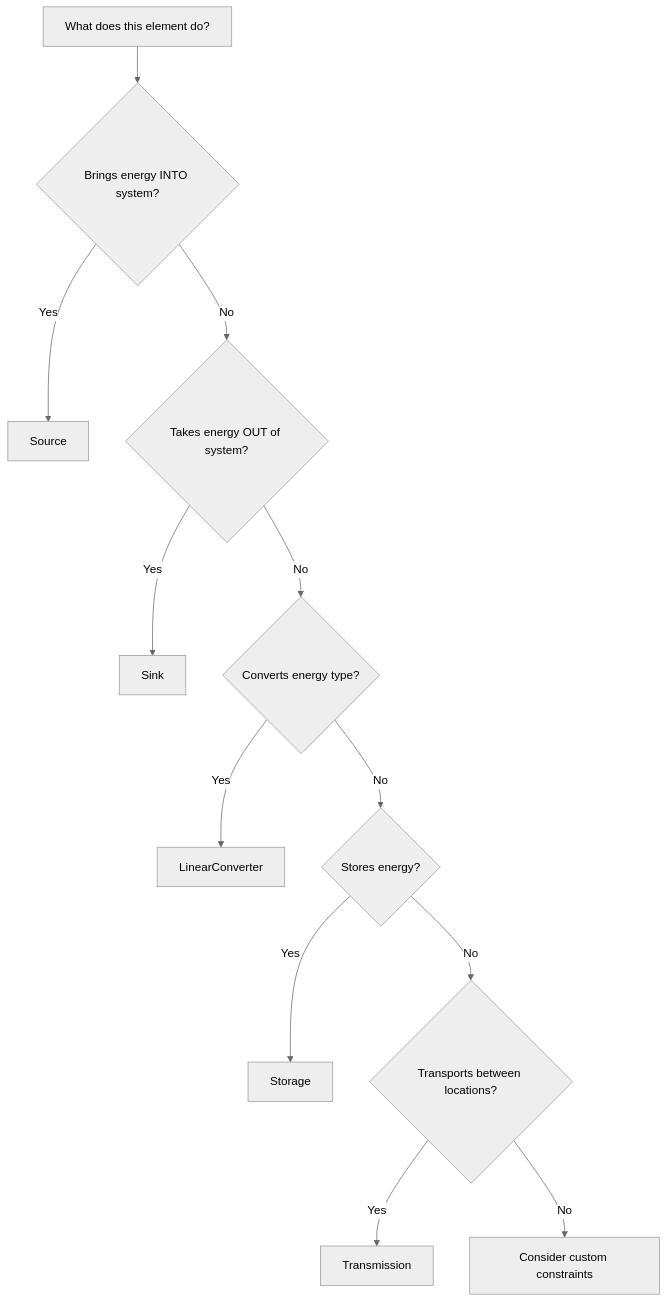
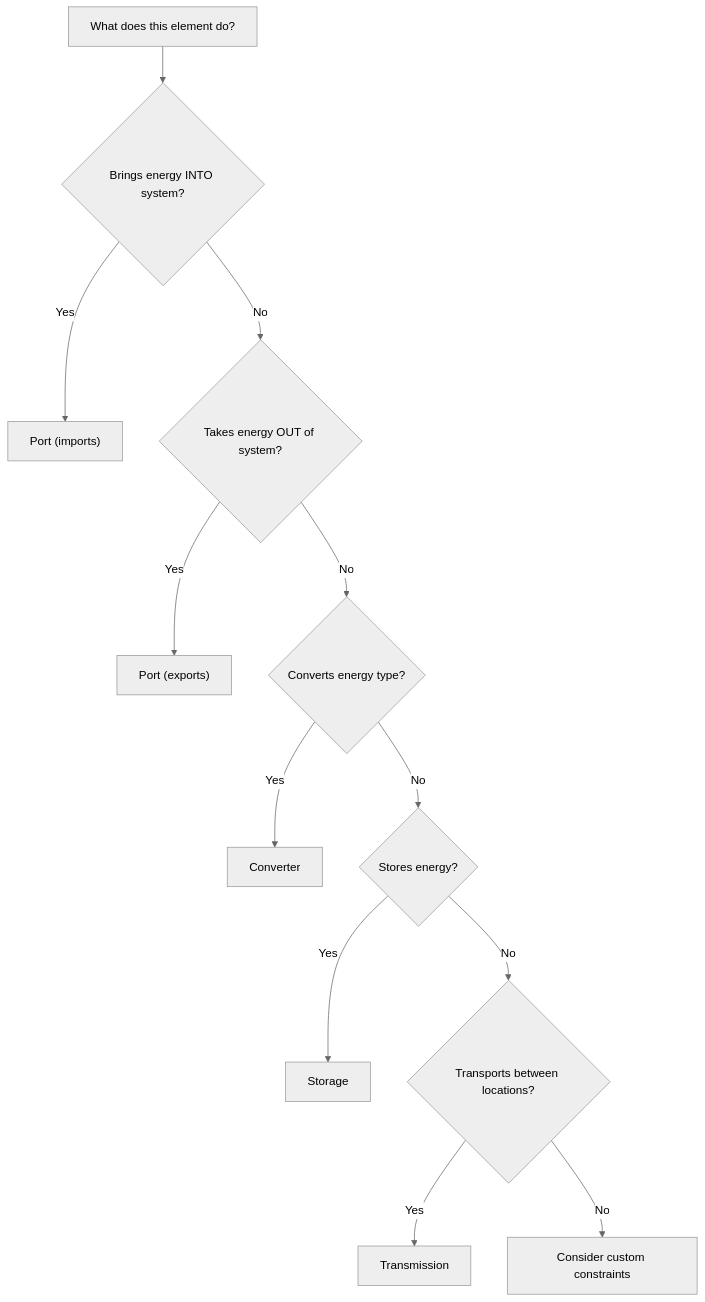
The diagram in docs/user-guide/building-models/choosing-components.md (flixOpt/flixopt), drawn with Mermaid (neutral theme) before and after one commit. The commit also changed other lines of this file and 27 other files, not shown here.

First line of the commit message:
refactor: flatten component hierarchy with self-contained Converter, Port, Storage

````diff
--- a/docs/user-guide/building-models/choosing-components.md
+++ b/docs/user-guide/building-models/choosing-components.md
@@ -7,14 +7,14 @@
 ```mermaid
 graph TD
     A[What does this element do?] --> B{Brings energy INTO system?}
-    B -->|Yes| C[Source]
+    B -->|Yes| C["Port (imports)"]
     B -->|No| D{Takes energy OUT of system?}
-    D -->|Yes| E[Sink]
+    D -->|Yes| E["Port (exports)"]
     D -->|No| F{Converts energy type?}
-    F -->|Yes| G[LinearConverter]
+    F -->|Yes| G[Converter]
     F -->|No| H{Stores energy?}
     H -->|Yes| I[Storage]
     H -->|No| J{Transports between locations?}
     J -->|Yes| K[Transmission]
     J -->|No| L[Consider custom constraints]
 ```
````
